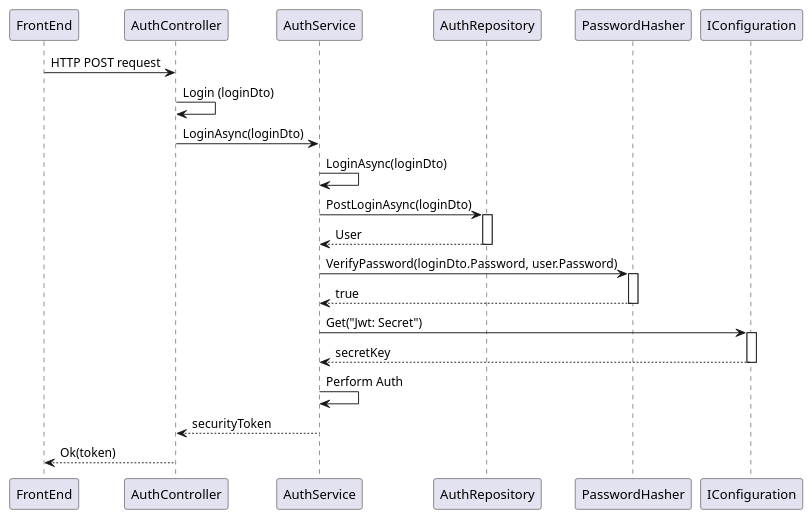
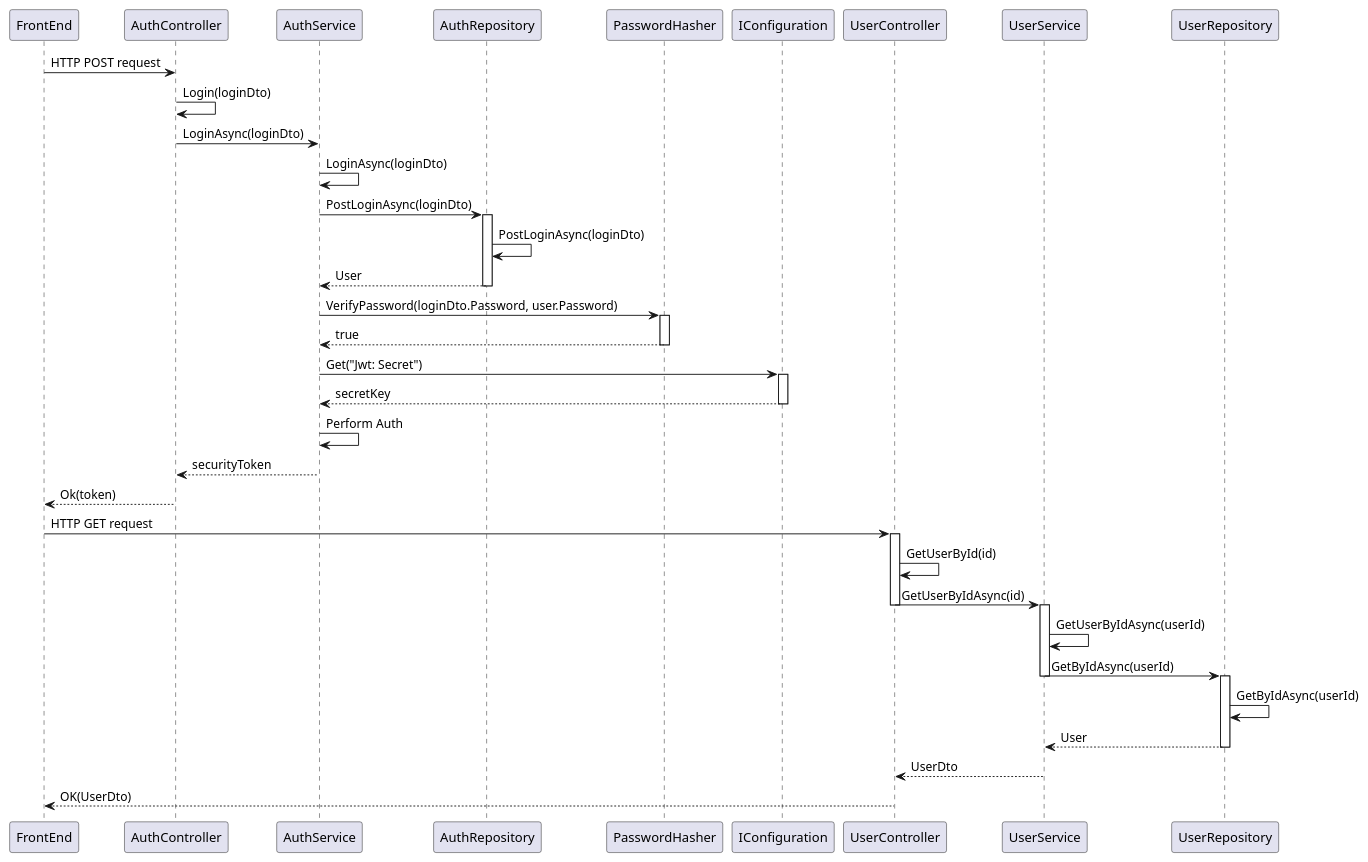
Before and after one commit to Thyge1232/Chat-Application_Semesterprojekt: the diagram in Diagrams/sdBackEndUserStoryTwo.puml, drawn with PlantUML.

Commit message:
Finished Backend sd diagram

```diff
--- a/Diagrams/sdBackEndUserStoryTwo.puml
+++ b/Diagrams/sdBackEndUserStoryTwo.puml
@@ -3,23 +3,40 @@
 @startuml
 
 FrontEnd -> AuthController: HTTP POST request
-AuthController -> AuthController : Login (loginDto)
+AuthController -> AuthController : Login(loginDto)
 AuthController -> AuthService: LoginAsync(loginDto)
 AuthService -> AuthService: LoginAsync(loginDto)
 AuthService -> AuthRepository: PostLoginAsync(loginDto)
 activate AuthRepository
+AuthRepository -> AuthRepository: PostLoginAsync(loginDto)
 AuthRepository --> AuthService: User
 deactivate AuthRepository
 AuthService -> PasswordHasher: VerifyPassword(loginDto.Password, user.Password)
 activate PasswordHasher
 PasswordHasher --> AuthService: true
 deactivate PasswordHasher
 AuthService -> IConfiguration: Get("Jwt: Secret")
 activate IConfiguration
 IConfiguration --> AuthService: secretKey
 deactivate IConfiguration
 AuthService -> AuthService: Perform Auth
 AuthService --> AuthController: securityToken
 AuthController --> FrontEnd: Ok(token)
+FrontEnd -> UserController: HTTP GET request
+activate UserController
+UserController -> UserController: GetUserById(id)
+UserController -> UserService: GetUserByIdAsync(id)
+deactivate UserController
+activate UserService
+UserService -> UserService: GetUserByIdAsync(userId)
+UserService -> UserRepository: GetByIdAsync(userId)
+deactivate UserService
+activate UserRepository
+UserRepository -> UserRepository: GetByIdAsync(userId)
+UserRepository --> UserService: User
+deactivate UserRepository
+UserService --> UserController: UserDto
+UserController --> FrontEnd: OK(UserDto)
+
 
 @enduml
```
